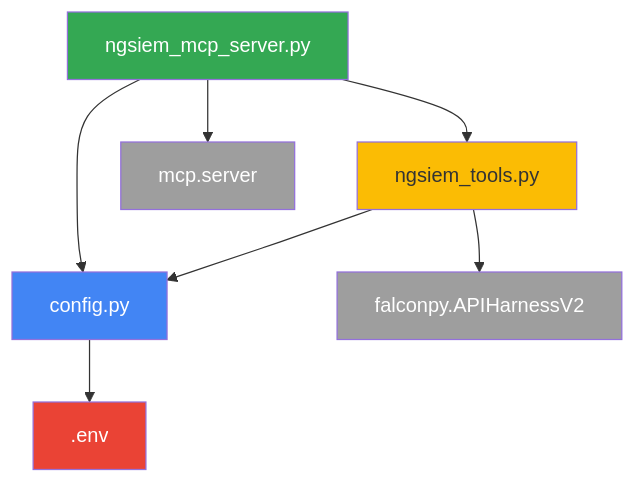
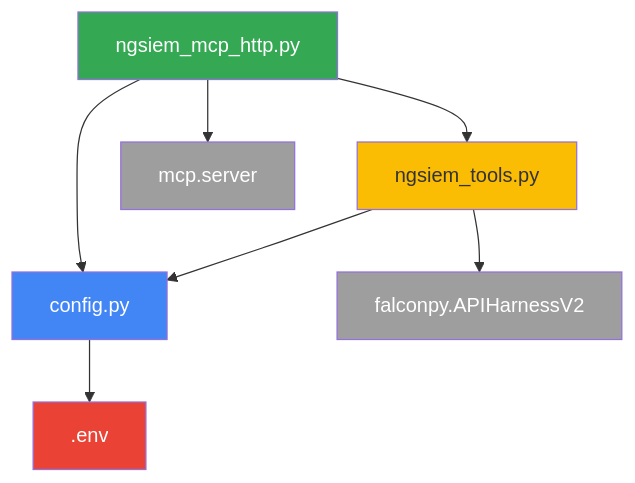
Before and after one commit to rodkinal/cs-ngsiem-mcp: the fourth of 6 diagrams in README.md, drawn with Mermaid. The commit also changed other lines of this file and 11 other files, not shown here.

First line of the commit message:
feat: migrate to dual-transport architecture (HTTP/SSE + Stdio)

````diff
--- a/README.md
+++ b/README.md
@@ -387,22 +392,22 @@
 ```mermaid
 graph TD
-    A[ngsiem_mcp_server.py] --> B[ngsiem_tools.py]
+    A[ngsiem_mcp_http.py] --> B[ngsiem_tools.py]
     A --> C[config.py]
     B --> C
     C --> D[.env]
     B --> E[falconpy.APIHarnessV2]
     A --> F[mcp.server]
     
     A:::server
     B:::tools
     C:::config
     D:::env
     E:::external
     F:::external
     
     classDef server fill:#34a853,color:#fff
     classDef tools fill:#fbbc04
     classDef config fill:#4285f4,color:#fff
     classDef env fill:#ea4335,color:#fff
     classDef external fill:#9e9e9e,color:#fff
 ```
````
